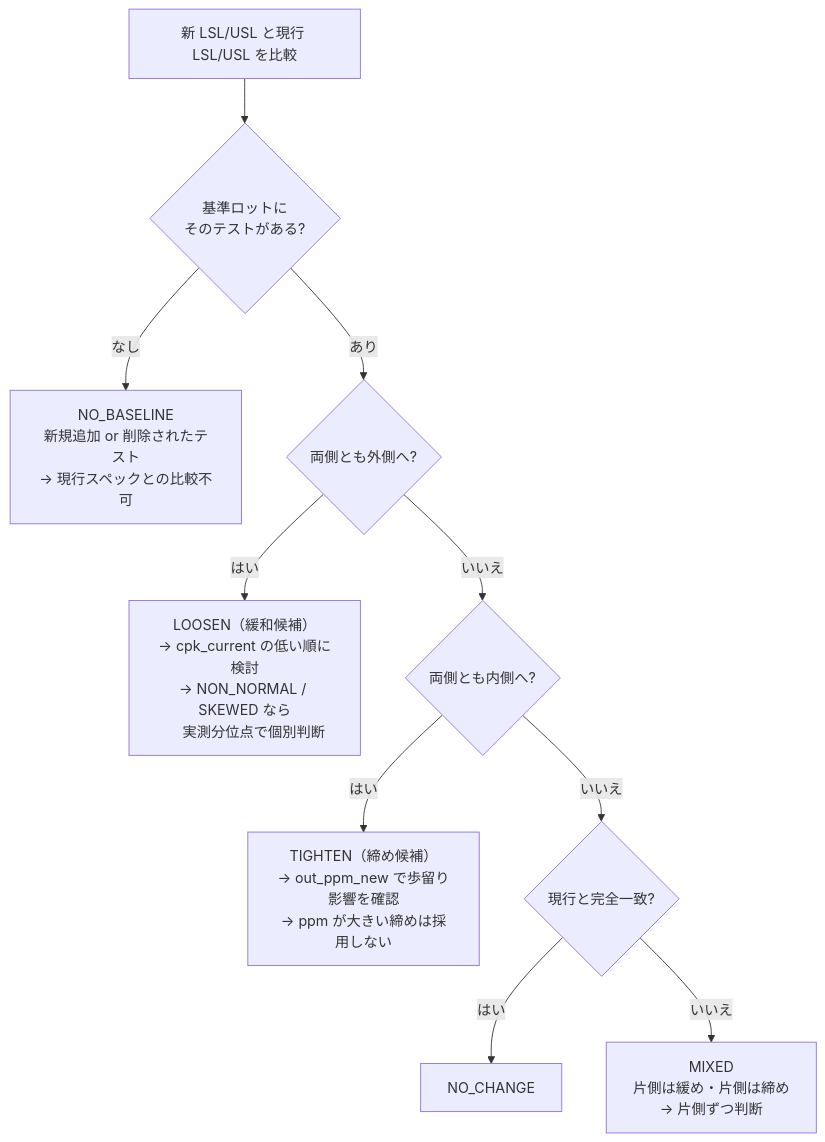
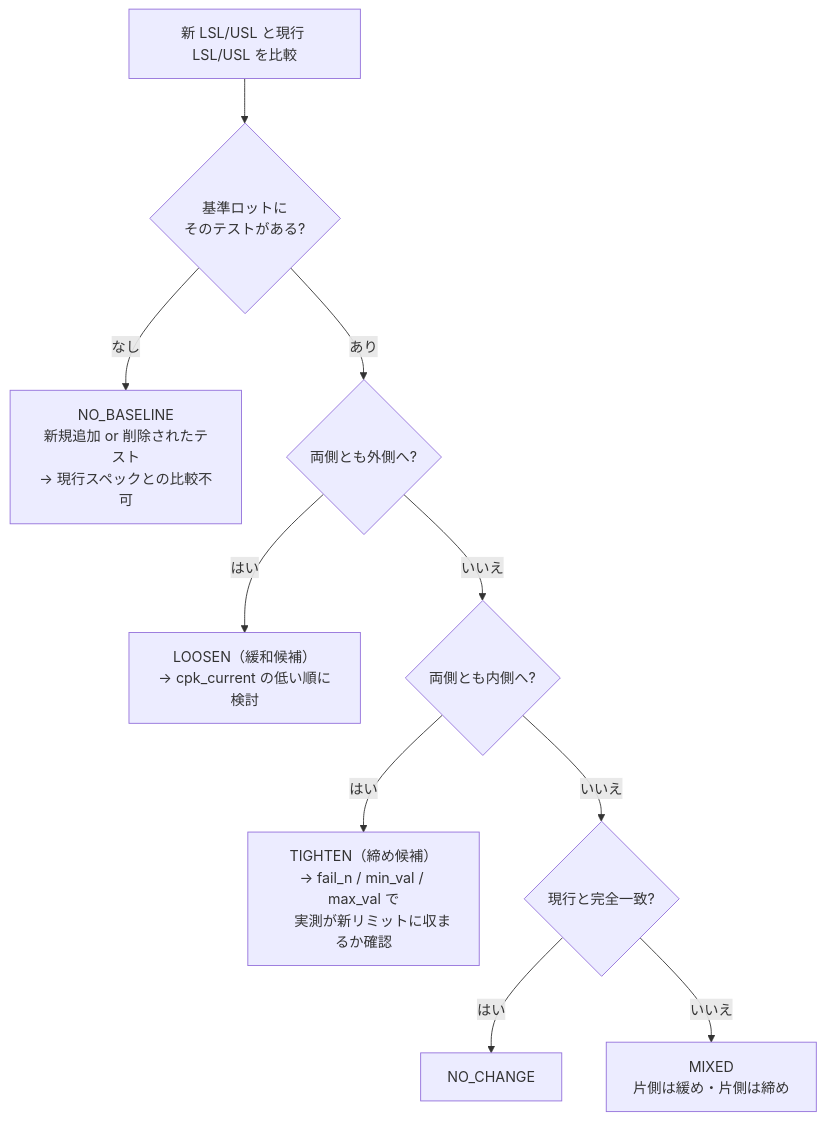
One commit to Kei0bb/STDF changed the second of 2 diagrams in docs/sample_queries.md. Above: the diagram before and after it, drawn with Mermaid. The commit also changed other lines of this file, not shown here.

First line of the commit message:
docs: sample query 8-2 を Cpk 洗い出し用に整理（診断を削減）

````diff
--- a/docs/sample_queries.md
+++ b/docs/sample_queries.md
@@ -729,12 +722,12 @@
 ```mermaid
 flowchart TD
     S["新 LSL/USL と現行 LSL/USL を比較"] --> A{"基準ロットに<br/>そのテストがある?"}
     A -->|"なし"| NB["NO_BASELINE<br/>新規追加 or 削除されたテスト<br/>→ 現行スペックとの比較不可"]
     A -->|"あり"| B{"両側とも外側へ?"}
-    B -->|"はい"| L["LOOSEN（緩和候補）<br/>→ cpk_current の低い順に検討<br/>→ NON_NORMAL / SKEWED なら<br/>　 実測分位点で個別判断"]
+    B -->|"はい"| L["LOOSEN（緩和候補）<br/>→ cpk_current の低い順に検討"]
     B -->|"いいえ"| C{"両側とも内側へ?"}
-    C -->|"はい"| T["TIGHTEN（締め候補）<br/>→ out_ppm_new で歩留り影響を確認<br/>→ ppm が大きい締めは採用しない"]
+    C -->|"はい"| T["TIGHTEN（締め候補）<br/>→ fail_n / min_val / max_val で<br/>　 実測が新リミットに収まるか確認"]
     C -->|"いいえ"| D{"現行と完全一致?"}
     D -->|"はい"| N["NO_CHANGE"]
-    D -->|"いいえ"| M["MIXED<br/>片側は緩め・片側は締め<br/>→ 片側ずつ判断"]
+    D -->|"いいえ"| M["MIXED<br/>片側は緩め・片側は締め"]
 ```
````
